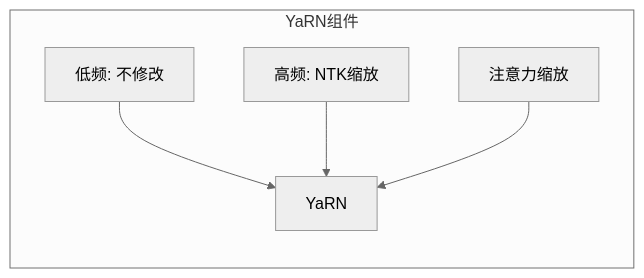
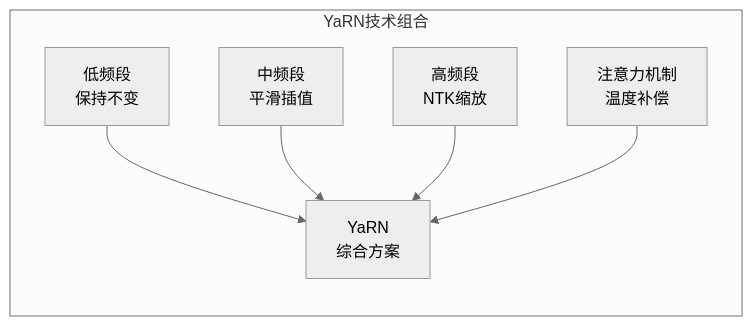
The first of 2 diagrams in learning/website/docs/basics/22-long-context.md (Xunzhuo/mini-sglang), drawn with Mermaid (neutral theme) before and after one commit. The commit also changed other lines of this file and 23 other files, not shown here.

````diff
--- a/learning/website/docs/basics/22-long-context.md
+++ b/learning/website/docs/basics/22-long-context.md
@@ -143,8 +184,9 @@
 ```mermaid
 graph LR
-    subgraph YaRN组件
-        A[低频: 不修改] --> Y[YaRN]
-        B[高频: NTK缩放] --> Y
-        C[注意力缩放] --> Y
+    subgraph YaRN技术组合
+        A[低频段<br>保持不变] --> Y[YaRN<br>综合方案]
+        B[中频段<br>平滑插值] --> Y
+        C[高频段<br>NTK缩放] --> Y
+        D[注意力机制<br>温度补偿] --> Y
     end
 ```
````
